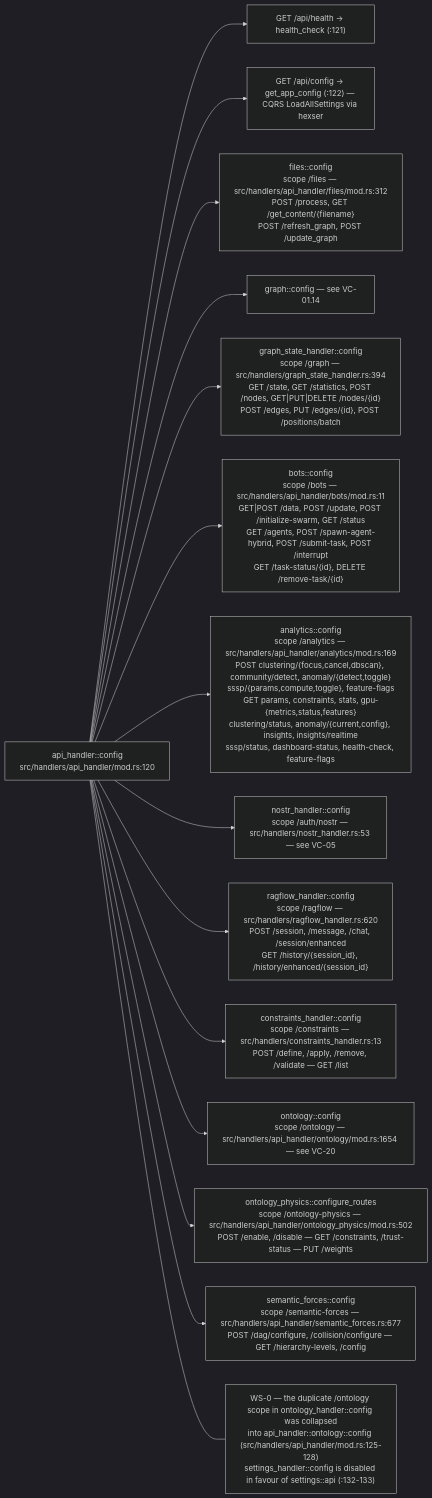
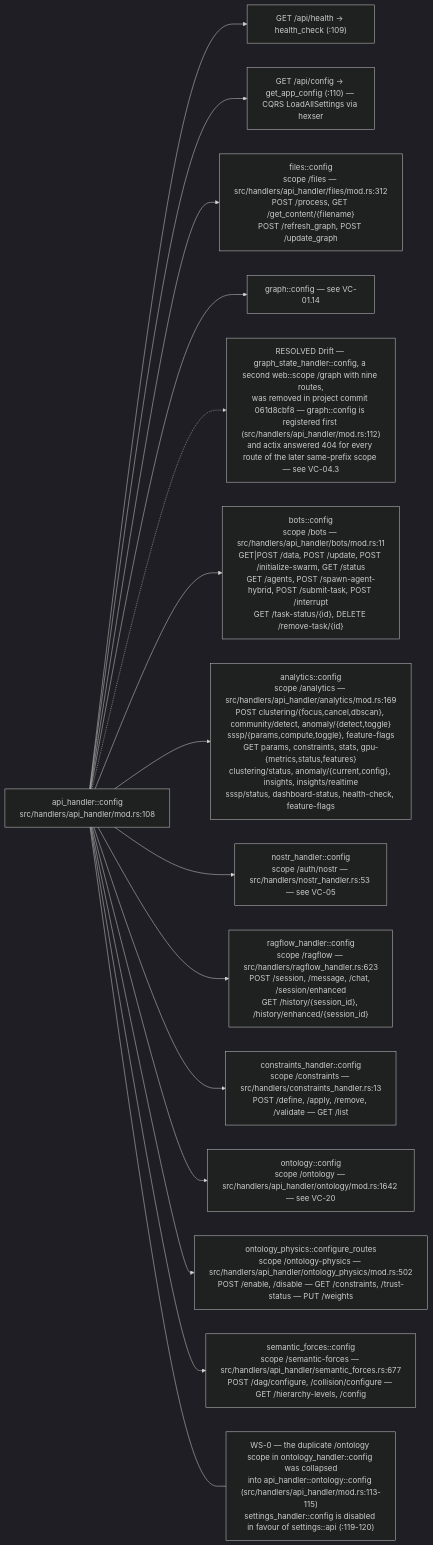
Before and after one commit to DreamLab-AI/VisionFlow: the ninth of 13 diagrams in docs/diagrams/visionclaw/01-boot-and-app-state.md, drawn with Mermaid (dark theme). The commit also changed other lines of this file and 4 other files, not shown here.

Commit message:
docs(diagrams): visionclaw 01 and 04 after the graph_state_handler removal

````diff
--- a/docs/diagrams/visionclaw/01-boot-and-app-state.md
+++ b/docs/diagrams/visionclaw/01-boot-and-app-state.md
@@ -388,19 +388,19 @@
 ```mermaid
 flowchart LR
-    C["api_handler::config<br/>src/handlers/api_handler/mod.rs:120"]
-    C --> A1["GET /api/health → health_check (:121)"]
-    C --> A2["GET /api/config → get_app_config (:122) — CQRS LoadAllSettings via hexser"]
+    C["api_handler::config<br/>src/handlers/api_handler/mod.rs:108"]
+    C --> A1["GET /api/health → health_check (:109)"]
+    C --> A2["GET /api/config → get_app_config (:110) — CQRS LoadAllSettings via hexser"]
     C --> F["files::config<br/>scope /files — src/handlers/api_handler/files/mod.rs:312<br/>POST /process, GET /get_content/{filename}<br/>POST /refresh_graph, POST /update_graph"]
     C --> G["graph::config — see VC-01.14"]
-    C --> GS["graph_state_handler::config<br/>scope /graph — src/handlers/graph_state_handler.rs:394<br/>GET /state, GET /statistics, POST /nodes, GET|PUT|DELETE /nodes/{id}<br/>POST /edges, PUT /edges/{id}, POST /positions/batch"]
+    C -.-> GX["RESOLVED Drift — graph_state_handler::config, a second web::scope /graph with nine routes,<br/>was removed in project commit 061d8cbf8 — graph::config is registered first (src/handlers/api_handler/mod.rs:112)<br/>and actix answered 404 for every route of the later same-prefix scope — see VC-04.3"]
     C --> B["bots::config<br/>scope /bots — src/handlers/api_handler/bots/mod.rs:11<br/>GET|POST /data, POST /update, POST /initialize-swarm, GET /status<br/>GET /agents, POST /spawn-agent-hybrid, POST /submit-task, POST /interrupt<br/>GET /task-status/{id}, DELETE /remove-task/{id}"]
     C --> AN["analytics::config<br/>scope /analytics — src/handlers/api_handler/analytics/mod.rs:169<br/>POST clustering/{focus,cancel,dbscan}, community/detect, anomaly/{detect,toggle}<br/>sssp/{params,compute,toggle}, feature-flags<br/>GET params, constraints, stats, gpu-{metrics,status,features}<br/>clustering/status, anomaly/{current,config}, insights, insights/realtime<br/>sssp/status, dashboard-status, health-check, feature-flags"]
     C --> NO["nostr_handler::config<br/>scope /auth/nostr — src/handlers/nostr_handler.rs:53 — see VC-05"]
-    C --> RF["ragflow_handler::config<br/>scope /ragflow — src/handlers/ragflow_handler.rs:620<br/>POST /session, /message, /chat, /session/enhanced<br/>GET /history/{session_id}, /history/enhanced/{session_id}"]
+    C --> RF["ragflow_handler::config<br/>scope /ragflow — src/handlers/ragflow_handler.rs:623<br/>POST /session, /message, /chat, /session/enhanced<br/>GET /history/{session_id}, /history/enhanced/{session_id}"]
     C --> CO["constraints_handler::config<br/>scope /constraints — src/handlers/constraints_handler.rs:13<br/>POST /define, /apply, /remove, /validate — GET /list"]
-    C --> ON["ontology::config<br/>scope /ontology — src/handlers/api_handler/ontology/mod.rs:1654 — see VC-20"]
+    C --> ON["ontology::config<br/>scope /ontology — src/handlers/api_handler/ontology/mod.rs:1642 — see VC-20"]
     C --> OP["ontology_physics::configure_routes<br/>scope /ontology-physics — src/handlers/api_handler/ontology_physics/mod.rs:502<br/>POST /enable, /disable — GET /constraints, /trust-status — PUT /weights"]
     C --> SF["semantic_forces::config<br/>scope /semantic-forces — src/handlers/api_handler/semantic_forces.rs:677<br/>POST /dag/configure, /collision/configure — GET /hierarchy-levels, /config"]
-    N["WS-0 — the duplicate /ontology scope in ontology_handler::config was collapsed<br/>into api_handler::ontology::config (src/handlers/api_handler/mod.rs:125-128)<br/>settings_handler::config is disabled in favour of settings::api (:132-133)"]
+    N["WS-0 — the duplicate /ontology scope in ontology_handler::config was collapsed<br/>into api_handler::ontology::config (src/handlers/api_handler/mod.rs:113-115)<br/>settings_handler::config is disabled in favour of settings::api (:119-120)"]
     C --- N
 ```
````
